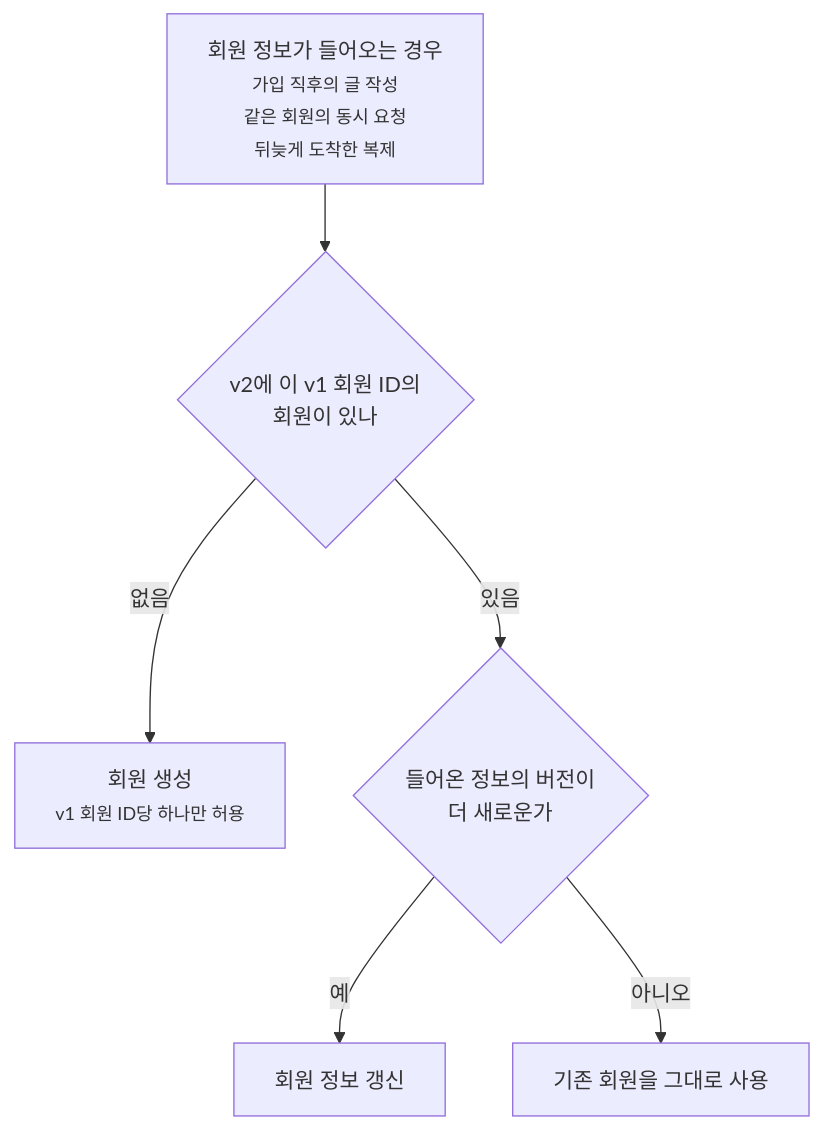
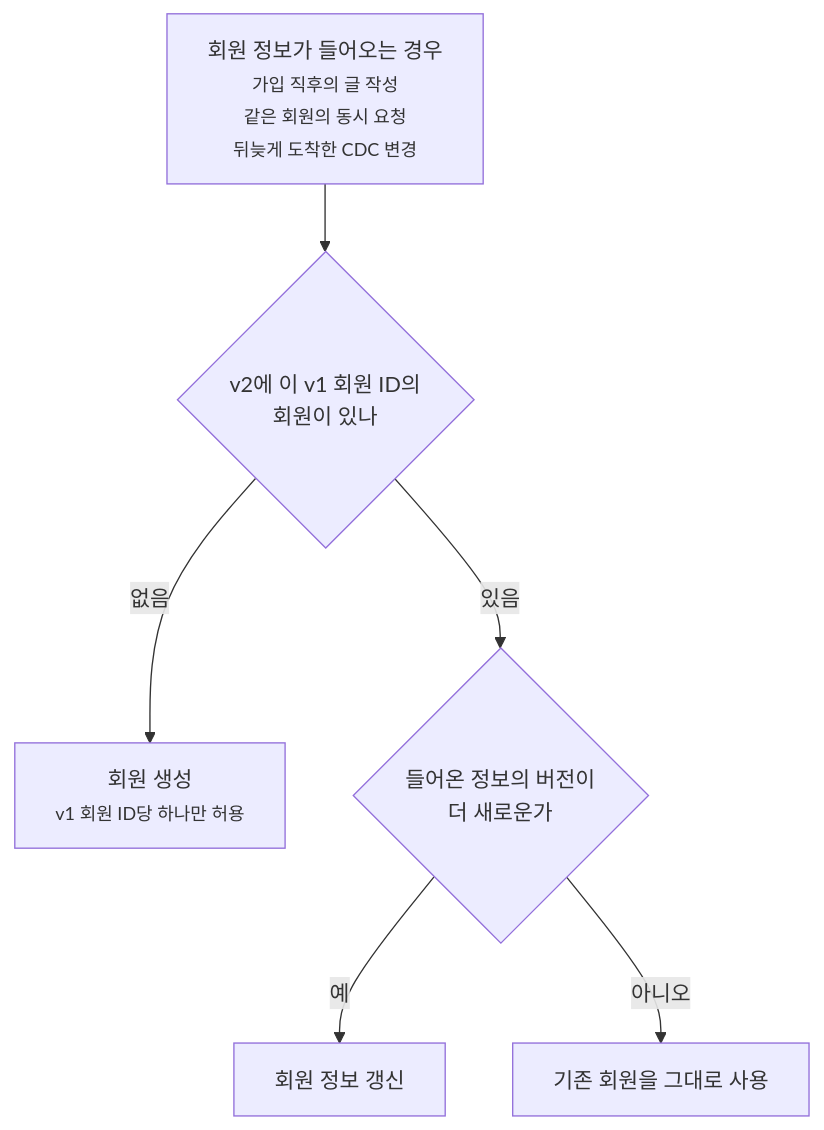
One commit to oownahcohc/oownahcohc.github.io changed the ninth of 16 diagrams in src/content/blog/strangler-fig-redesign.md. Above: the diagram before and after it, drawn with Mermaid. The commit also changed other lines of this file, not shown here.

First line of the commit message:
Strangler Fig 글에서 복제 지연이 생기는 원리를 CDC 흐름으로 풀어 쓴다

````diff
--- a/src/content/blog/strangler-fig-redesign.md
+++ b/src/content/blog/strangler-fig-redesign.md
@@ -278,8 +301,8 @@
 ```mermaid
 flowchart TB
-    A["회원 정보가 들어오는 경우<br/><small>가입 직후의 글 작성<br/>같은 회원의 동시 요청<br/>뒤늦게 도착한 복제</small>"] --> K{"v2에 이 v1 회원 ID의<br/>회원이 있나"}
+    A["회원 정보가 들어오는 경우<br/><small>가입 직후의 글 작성<br/>같은 회원의 동시 요청<br/>뒤늦게 도착한 CDC 변경</small>"] --> K{"v2에 이 v1 회원 ID의<br/>회원이 있나"}
     K -->|"없음"| C["회원 생성<br/><small>v1 회원 ID당 하나만 허용</small>"]
     K -->|"있음"| V{"들어온 정보의 버전이<br/>더 새로운가"}
     V -->|"예"| U["회원 정보 갱신"]
     V -->|"아니오"| I["기존 회원을 그대로 사용"]
 ```
````
